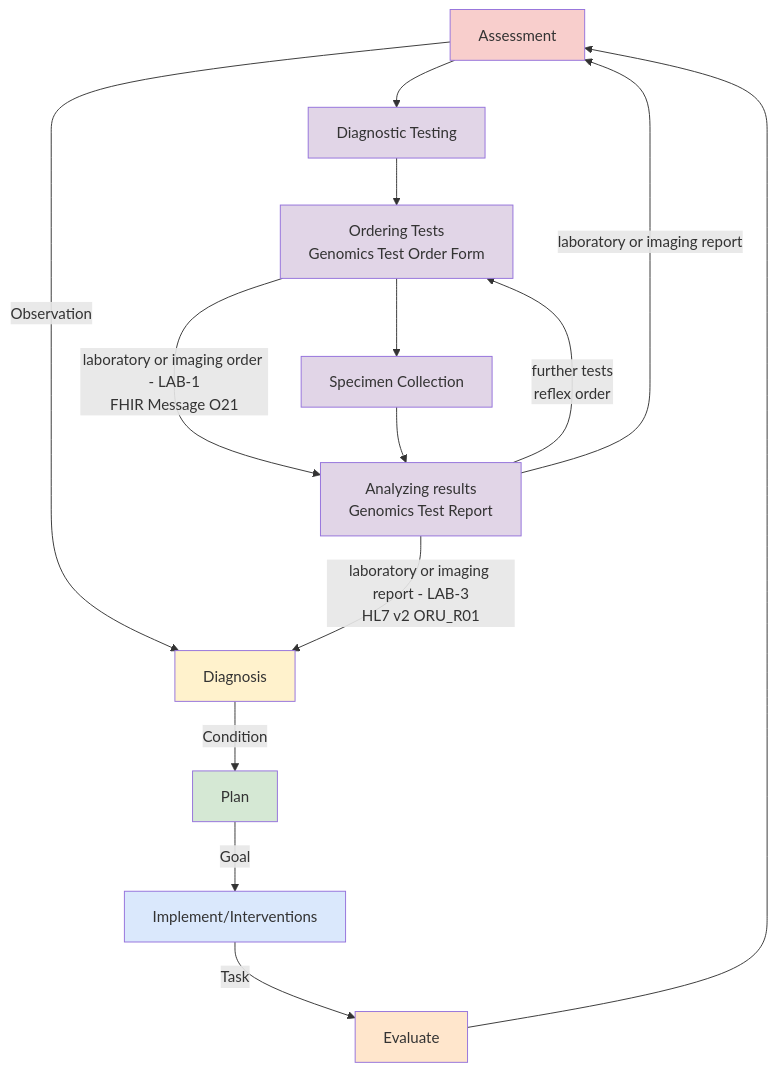
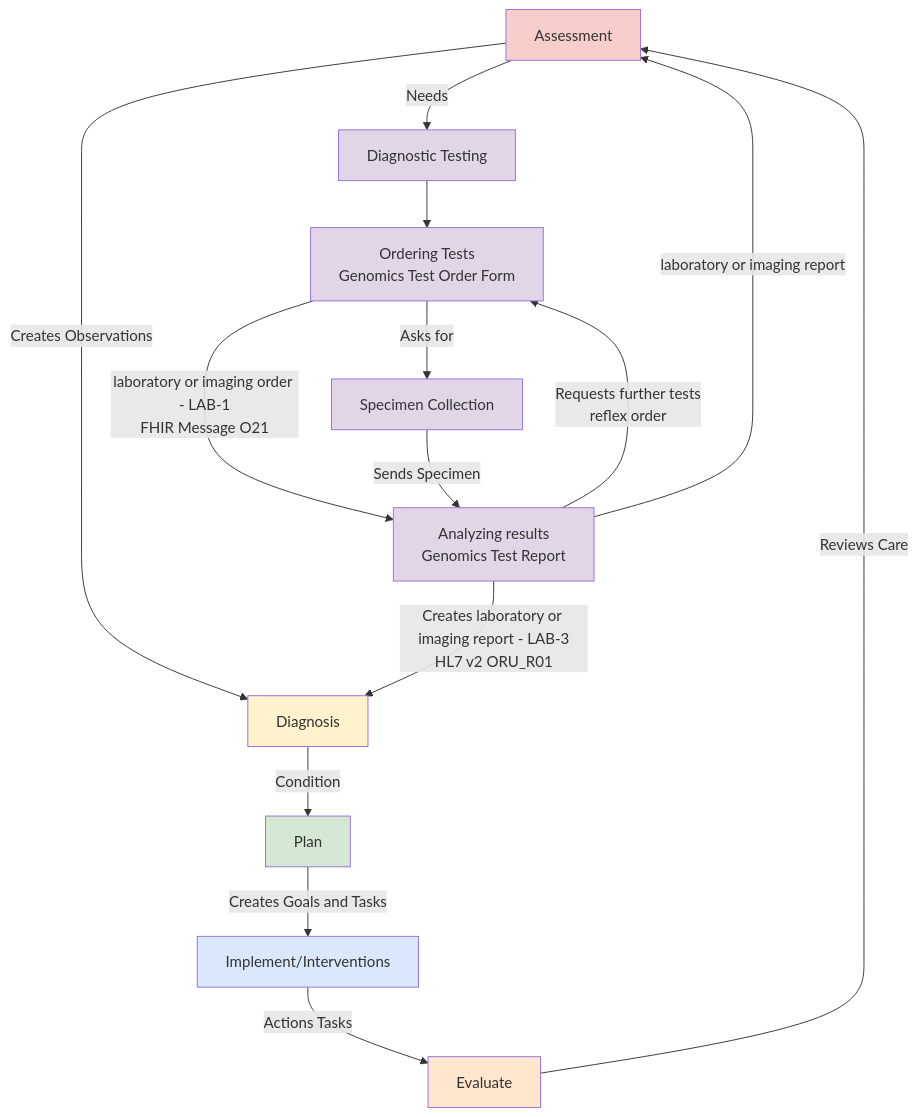
The first of 6 diagrams in input/pagecontent/index.md (uk-gov-mirror/nw-gmsa.nw-gmsa.github.com), drawn with Mermaid before and after one commit. The commit also changed 1 other file, not shown here.

Commit message:
fontawesome local

````diff
--- a/input/pagecontent/index.md
+++ b/input/pagecontent/index.md
@@ -15,37 +15,37 @@
 ```mermaid
 graph TD;
 
-    A[Assessment]-->|Observation| B;
-    A--> O;
+    A[Assessment]-->|Creates Observations| B;
+    A--> |Needs| O;
     B[Diagnosis]-->|Condition| C;
     O[Diagnostic Testing]--> T;
     T[Ordering Tests<br/>Genomics Test Order Form]--> |"laboratory or imaging order - LAB-1<br/>FHIR Message O21"| AN;
-    T --> S
-    S[Specimen Collection] --> AN;
-    AN["Analyzing results<br/>Genomics Test Report"] --> |further tests <br/> reflex order| T;
-    AN --> |"laboratory or imaging report - LAB-3<br/>HL7 v2 ORU_R01"| B;
+    T --> |Asks for| S
+    S[Specimen Collection] --> |Sends Specimen| AN;
+    AN["Analyzing results<br/>Genomics Test Report"] --> |Requests further tests <br/> reflex order| T;
+    AN --> |"Creates laboratory or imaging report - LAB-3<br/>HL7 v2 ORU_R01"| B;
     AN --> |laboratory or imaging report| A;
-    C[Plan]-->|Goal| D;
-    D[Implement/Interventions]-->|Task| E;
-    E[Evaluate]-->A;
+    C[Plan]-->|Creates Goals and Tasks| D;
+    D[Implement/Interventions]-->|Actions Tasks| E;
+    E[Evaluate]--> |Reviews Care| A;
     
     click T Questionnaire-GenomicTestOrder.html
     click AN Questionnaire-GenomicTestReport.html
     click S ExampleScenario-BiopsyProcedure.html
 
     classDef purple fill:#E1D5E7;
 
     classDef yellow fill:#FFF2CC;
     classDef pink fill:#F8CECC
     classDef green fill:#D5E8D4;
     classDef blue fill:#DAE8FC;
     classDef orange fill:#FFE6CC;
 
     class A pink
     class B yellow
     class C green
     class D blue
     class E orange
 
     class O,S,T,AN purple
 ```
````
